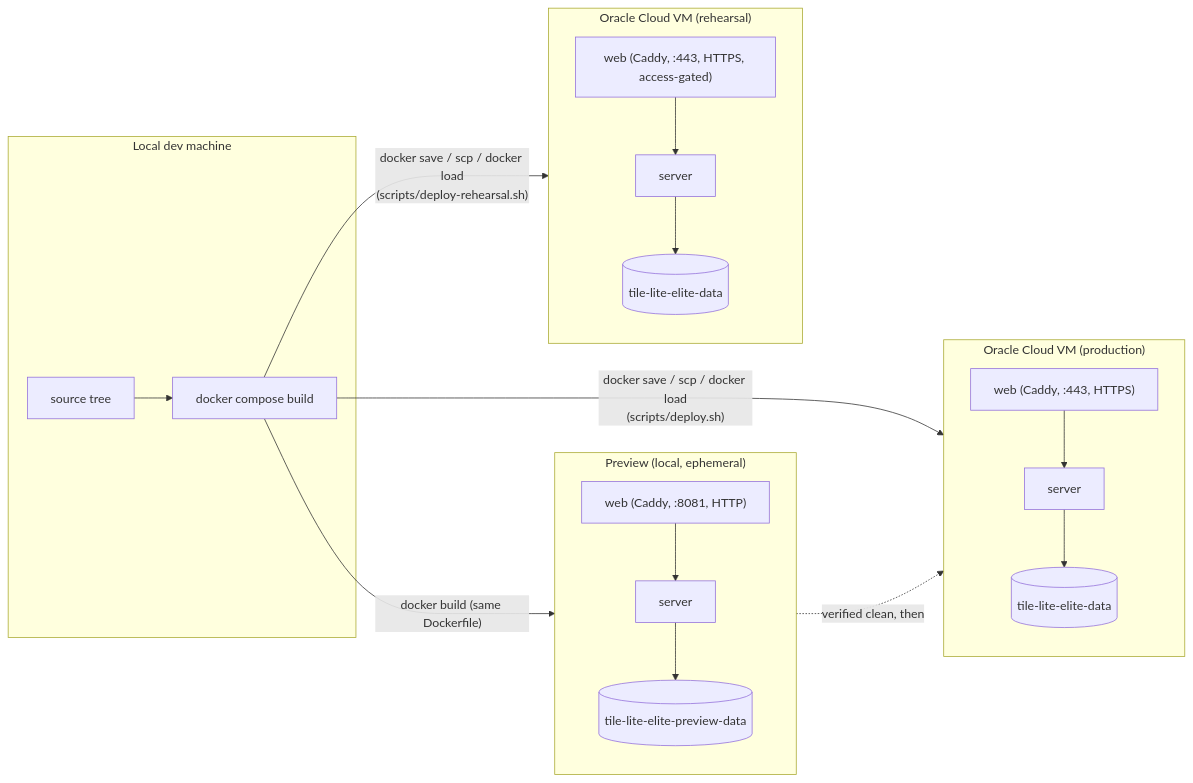
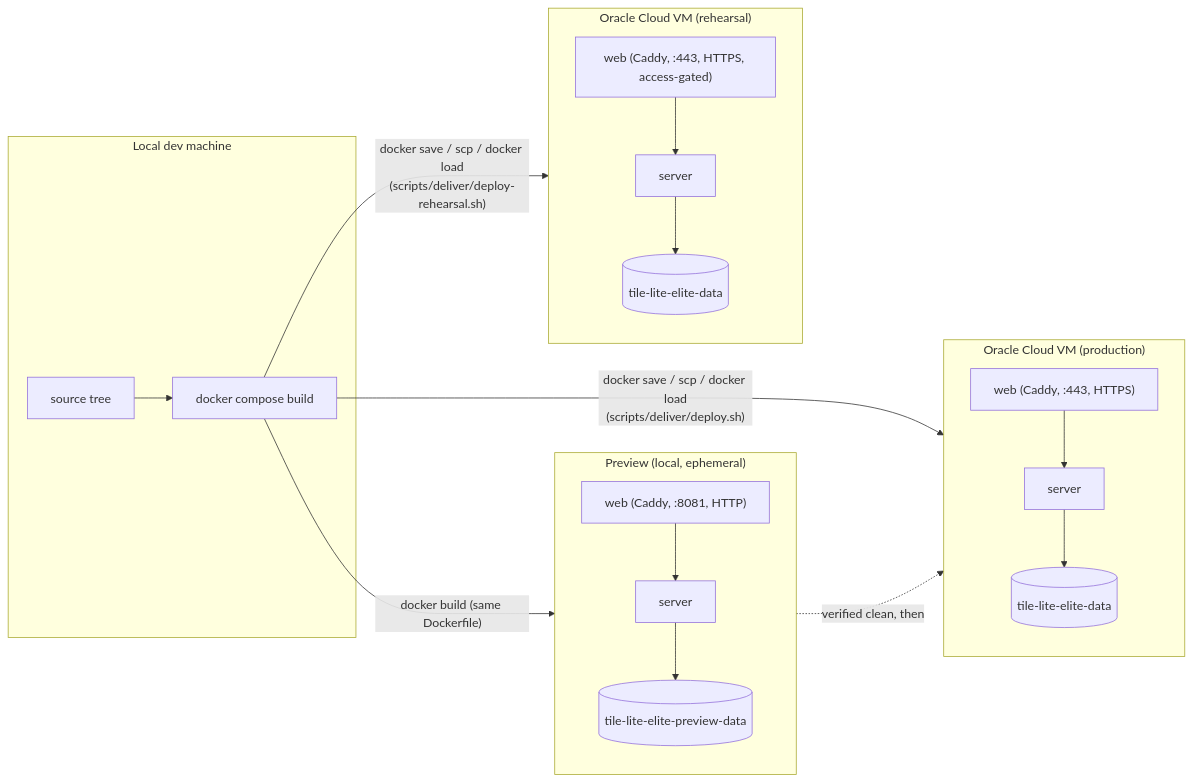
One commit to delphside/tile-lite-elite changed the diagram in docs/4.1.1-architecture.md. Above: the diagram before and after it, drawn with Mermaid. The commit also changed 235 other files, not shown here.

````diff
--- a/docs/4.1.1-architecture.md
+++ b/docs/4.1.1-architecture.md
@@ -19,26 +19,26 @@
 ```mermaid
 flowchart LR
     subgraph DevMachine["Local dev machine"]
         Src[source tree] --> Build[docker compose build]
     end
 
     subgraph PreviewEnv["Preview (local, ephemeral)"]
         PreviewWeb["web (Caddy, :8081, HTTP)"] --> PreviewServer["server"]
         PreviewServer --> PreviewDB[("tile-lite-elite-preview-data")]
     end
 
     subgraph RehearsalVM["Oracle Cloud VM (rehearsal)"]
         RehWeb["web (Caddy, :443, HTTPS, access-gated)"] --> RehServer["server"]
         RehServer --> RehDB[("tile-lite-elite-data")]
     end
 
     subgraph ProdVM["Oracle Cloud VM (production)"]
         ProdWeb["web (Caddy, :443, HTTPS)"] --> ProdServer["server"]
         ProdServer --> ProdDB[("tile-lite-elite-data")]
     end
 
     Build -- "docker build (same Dockerfile)" --> PreviewEnv
-    Build -- "docker save / scp / docker load\n(scripts/deploy-rehearsal.sh)" --> RehearsalVM
-    Build -- "docker save / scp / docker load\n(scripts/deploy.sh)" --> ProdVM
+    Build -- "docker save / scp / docker load\n(scripts/deliver/deploy-rehearsal.sh)" --> RehearsalVM
+    Build -- "docker save / scp / docker load\n(scripts/deliver/deploy.sh)" --> ProdVM
     PreviewEnv -. "verified clean, then" .-> ProdVM
 ```
````
